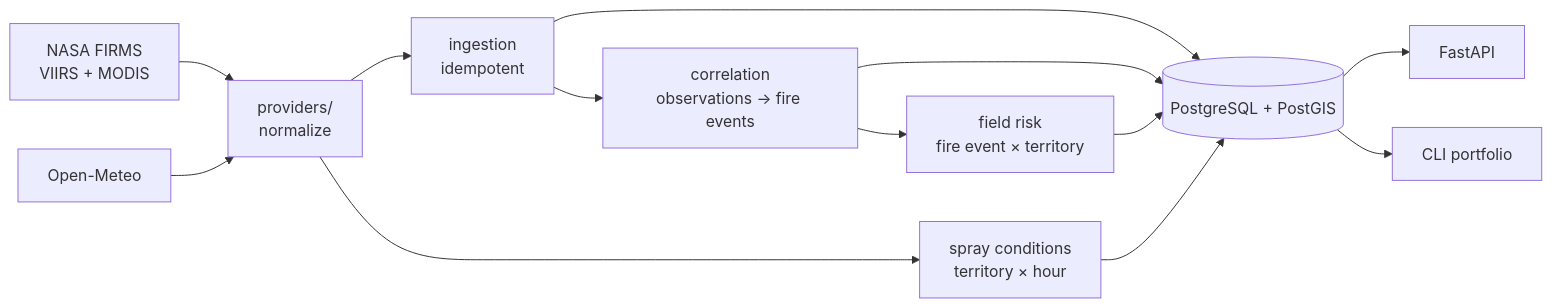
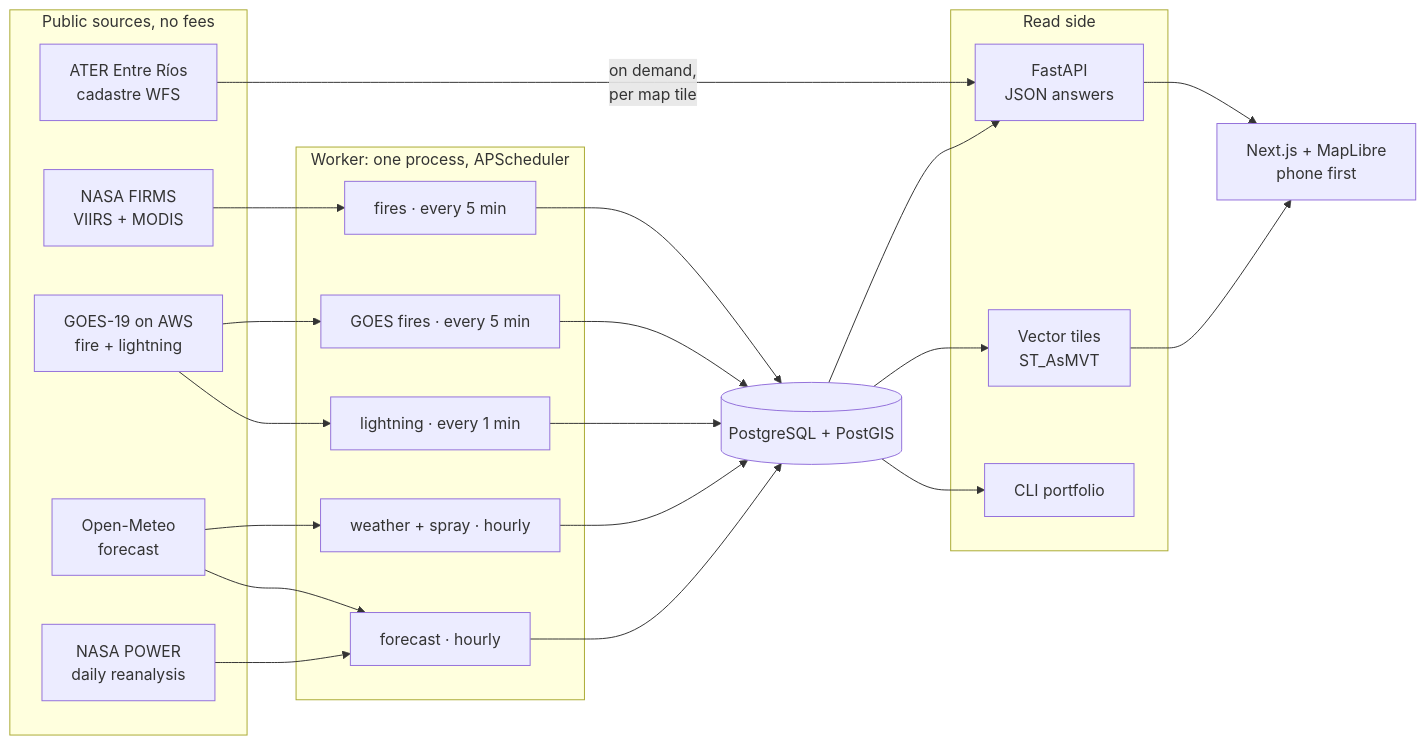
The first of 7 diagrams in README.md (nickyperrone/Fire-Detection-System), drawn with Mermaid before and after one commit. The commit also changed other lines of this file, not shown here.

Commit message:
Draw the system, fire path, data model, forecast and drawing in the README

````diff
--- a/README.md
+++ b/README.md
@@ -64,10 +71,32 @@
 ```mermaid
 flowchart LR
-    FIRMS["NASA FIRMS<br/>VIIRS + MODIS"] --> P["providers/<br/>normalize"]
-    METEO["Open-Meteo"] --> P
-    P --> I["ingestion<br/>idempotent"] --> C["correlation<br/>observations → fire events"] --> R["field risk<br/>fire event × territory"]
-    P --> S["spray conditions<br/>territory × hour"]
-    I & C & R & S --> DB[("PostgreSQL + PostGIS")]
-    DB --> API["FastAPI"]
-    DB --> CLI["CLI portfolio"]
+    subgraph SOURCES["Public sources, no fees"]
+        FIRMS["NASA FIRMS<br/>VIIRS + MODIS"]
+        GOES["GOES-19 on AWS<br/>fire + lightning"]
+        METEO["Open-Meteo<br/>forecast"]
+        POWER["NASA POWER<br/>daily reanalysis"]
+        ATER["ATER Entre Ríos<br/>cadastre WFS"]
+    end
+    subgraph WORKER["Worker: one process, APScheduler"]
+        J1["fires · every 5 min"]
+        J2["GOES fires · every 5 min"]
+        J3["lightning · every 1 min"]
+        J4["weather + spray · hourly"]
+        J5["forecast · hourly"]
+    end
+    DB[("PostgreSQL + PostGIS")]
+    subgraph READ["Read side"]
+        API["FastAPI<br/>JSON answers"]
+        TILES["Vector tiles<br/>ST_AsMVT"]
+        CLI["CLI portfolio"]
+    end
+    WEB["Next.js + MapLibre<br/>phone first"]
+    FIRMS --> J1
+    GOES --> J2 & J3
+    METEO --> J4 & J5
+    POWER --> J5
+    J1 & J2 & J3 & J4 & J5 --> DB
+    ATER -- "on demand,<br/>per map tile" --> API
+    DB --> API & TILES & CLI
+    API & TILES --> WEB
 ```
````
